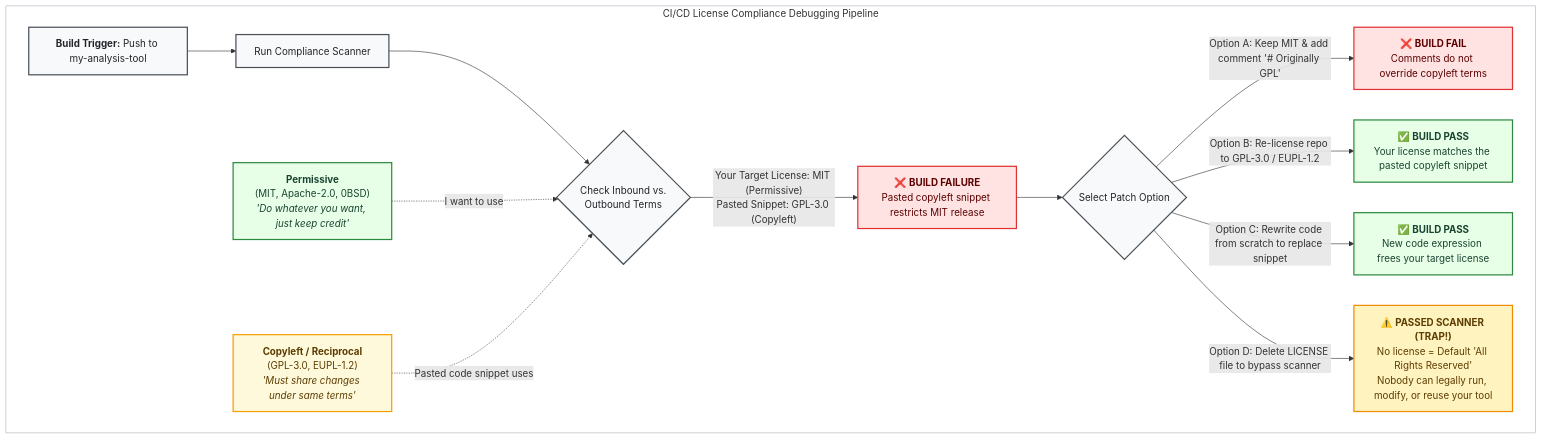
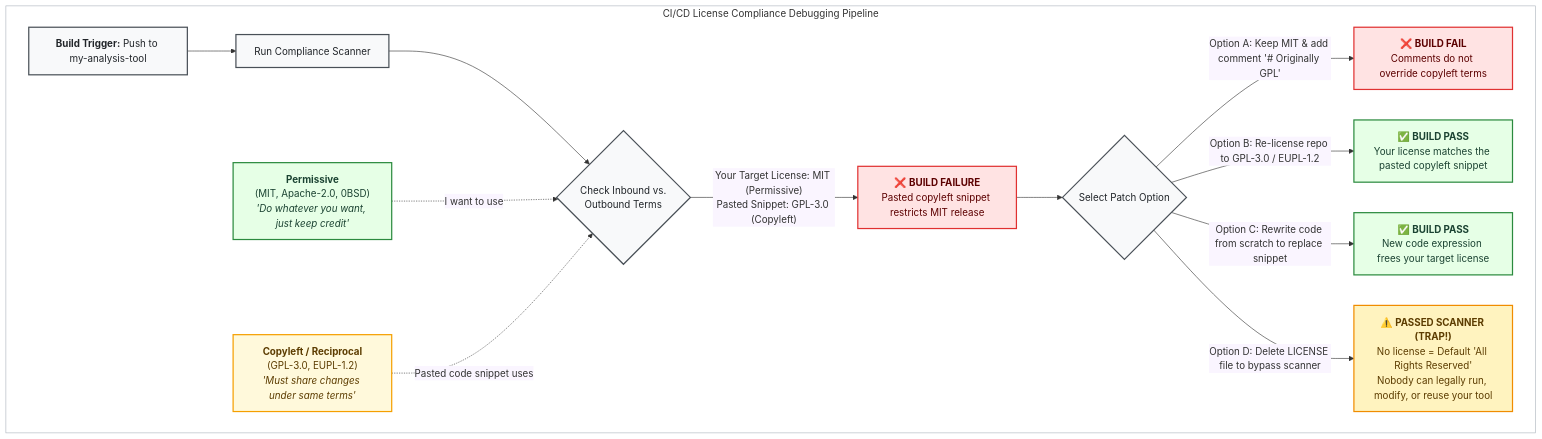
Before and after one commit to coderefinery/social-coding: the first of 3 diagrams in content/software-licensing.md, drawn with Mermaid. The commit also changed other lines of this file, not shown here.

Commit message:
Update introduciton with a mermaid to show the options

````diff
--- a/content/software-licensing.md
+++ b/content/software-licensing.md
@@ -32,39 +32,39 @@
 ```{mermaid}
-
+%%{init: {'themeVariables': { 'edgeLabelBackground': '#faf5ff' }}}%%
 flowchart TB
 
     subgraph box["CI/CD License Compliance Debugging Pipeline"]
         A["<b>Build Trigger:</b> Push to my-analysis-tool"] --> B["Run Compliance Scanner"]
         B --> C{"Check Inbound vs.<br/>Outbound Terms"}
         
         C -->|"Your Target License: MIT (Permissive)<br/>Pasted Snippet: GPL-3.0 (Copyleft)"| D["❌ <b>BUILD FAILURE</b><br/>Pasted copyleft snippet restricts MIT release"]
         
         D --> E{"Select Patch Option"}
         
         E -->|"Option A: Keep MIT & add comment '# Originally GPL'"| F["❌ <b>BUILD FAIL</b><br/>Comments do not override copyleft terms"]
         E -->|"Option B: Re-license repo to GPL-3.0 / EUPL-1.2"| G["✅ <b>BUILD PASS</b><br/>Your license matches the pasted copyleft snippet"]
         E -->|"Option C: Rewrite code from scratch to replace snippet"| H["✅ <b>BUILD PASS</b><br/>New code expression frees your target license"]
         E -->|"Option D: Delete LICENSE file to bypass scanner"| I["⚠️ <b>PASSED SCANNER (TRAP!)</b><br/>No license = Default 'All Rights Reserved'<br/>Nobody can legally run, modify, or reuse your tool"]
 
         P["<b>Permissive</b><br/>(MIT, Apache-2.0, 0BSD)<br/><i>'Do whatever you want, just keep credit'</i>"]
         CL["<b>Copyleft / Reciprocal</b><br/>(GPL-3.0, EUPL-1.2)<br/><i>'Must share changes under same terms'</i>"]
     end
 
     P -.->|"I want to use"| C
     CL -.->|"Pasted code snippet uses"| C
 
     classDef pass fill:#e6ffe6,stroke:#2b8a3e,stroke-width:2px,color:#1b4332;
     classDef copyleft fill:#fff9db,stroke:#f59f00,stroke-width:2px,color:#5c3c00;
     classDef fail fill:#ffe3e3,stroke:#e03131,stroke-width:2px,color:#5c0000;
     classDef warning fill:#fff3bf,stroke:#f08c00,stroke-width:2px,color:#5c3c00;
     classDef neutral fill:#f8f9fa,stroke:#495057,stroke-width:2px,color:#212529;
     classDef box_fill fill:#ffffff,stroke:#adb5bd,stroke-width:1px;
 
     class P,G,H pass;
     class CL copyleft;
     class D,F fail;
     class I warning;
     class A,B,C,E neutral;
     class box box_fill; 
 
 ```
````
